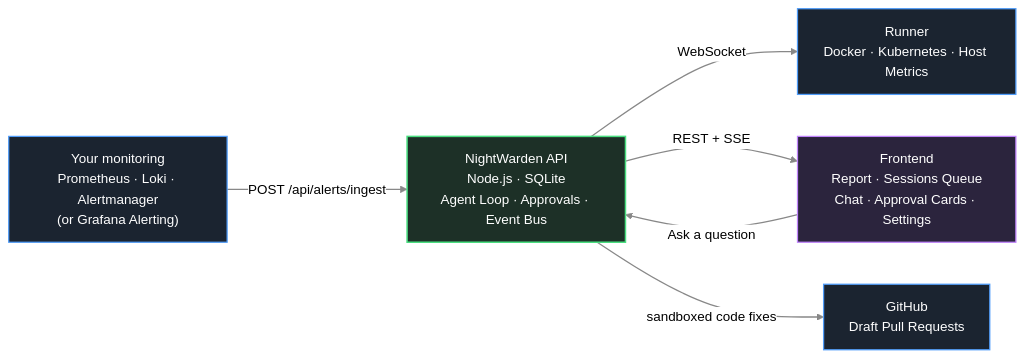
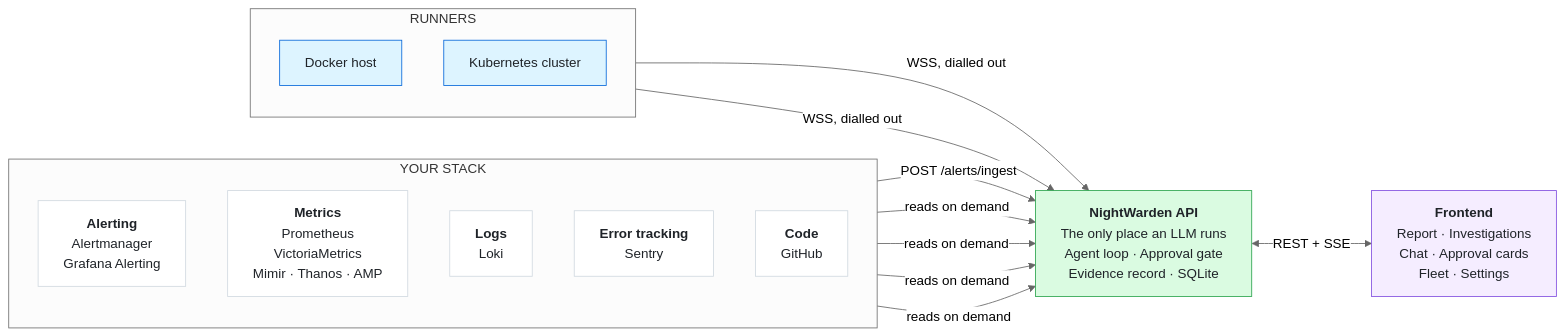
The diagram in README.md (Flux690/Nightwatch), drawn with Mermaid (neutral theme) before and after one commit. The commit also changed other lines of this file and 18 other files, not shown here.

````diff
--- a/README.md
+++ b/README.md
@@ -17,32 +17,38 @@
 ```mermaid
 flowchart LR
+  subgraph stack["YOUR STACK"]
+    direction TB
+    alerting["<b>Alerting</b><br/>Alertmanager<br/>Grafana Alerting"]
+    metrics["<b>Metrics</b><br/>Prometheus<br/>VictoriaMetrics<br/>Mimir · Thanos · AMP"]
+    logs["<b>Logs</b><br/>Loki"]
+    errors["<b>Error tracking</b><br/>Sentry"]
+    code["<b>Code</b><br/>GitHub"]
+  end
 
-%% Infrastructure
-monitoring["Your monitoring<br/>Prometheus · Loki · Alertmanager<br/>(or Grafana Alerting)"]
-runner["Runner<br/>Docker · Kubernetes · Host Metrics"]
+  api["<b>NightWarden API</b><br/>The only place an LLM runs<br/>Agent loop · Approval gate<br/>Evidence record · SQLite"]
+  ui["<b>Frontend</b><br/>Report · Investigations<br/>Chat · Approval cards<br/>Fleet · Settings"]
 
-%% Brain
-api["NightWarden API<br/>Node.js · SQLite<br/>Agent Loop · Approvals · Event Bus"]
+  subgraph fleet["RUNNERS"]
+    direction TB
+    docker["Docker host"]
+    k8s["Kubernetes cluster"]
+  end
 
-%% UI
-frontend["Frontend<br/>Report · Sessions Queue<br/>Chat · Approval Cards · Settings"]
+  alerting -- "POST /alerts/ingest" --> api
+  metrics -- "reads on demand" --> api
+  logs -- "reads on demand" --> api
+  errors -- "reads on demand" --> api
+  code -- "reads on demand" --> api
+  api <-- "REST + SSE" --> ui
+  docker -- "WSS, dialled out" --> api
+  k8s -- "WSS, dialled out" --> api
 
-%% Code
-github["GitHub<br/>Draft Pull Requests"]
-
-monitoring -- POST /api/alerts/ingest --> api
-frontend -- Ask a question --> api
-api -- WebSocket --> runner
-api -- REST + SSE --> frontend
-api -- sandboxed code fixes --> github
-
-classDef infra fill:#1b2430,stroke:#4f9cf9,color:#fff,stroke-width:1.5;
-classDef api fill:#1d3027,stroke:#4ade80,color:#fff,stroke-width:1.8;
-classDef ui fill:#2b243d,stroke:#c084fc,color:#fff,stroke-width:1.5;
-
-class monitoring,runner,github infra;
-class api api;
-class frontend ui;
-
-linkStyle default stroke:#888,stroke-width:1.5;
+  classDef box fill:#ffffff,stroke:#d1d9e0,color:#1f2328
+  classDef apiBox fill:#dafbe1,stroke:#2da44e,color:#1f2328
+  classDef uiBox fill:#f5edff,stroke:#8250df,color:#1f2328
+  classDef runBox fill:#ddf4ff,stroke:#0969da,color:#1f2328
+  class alerting,metrics,logs,errors,code box
+  class api apiBox
+  class ui uiBox
+  class docker,k8s runBox
 ```
````
